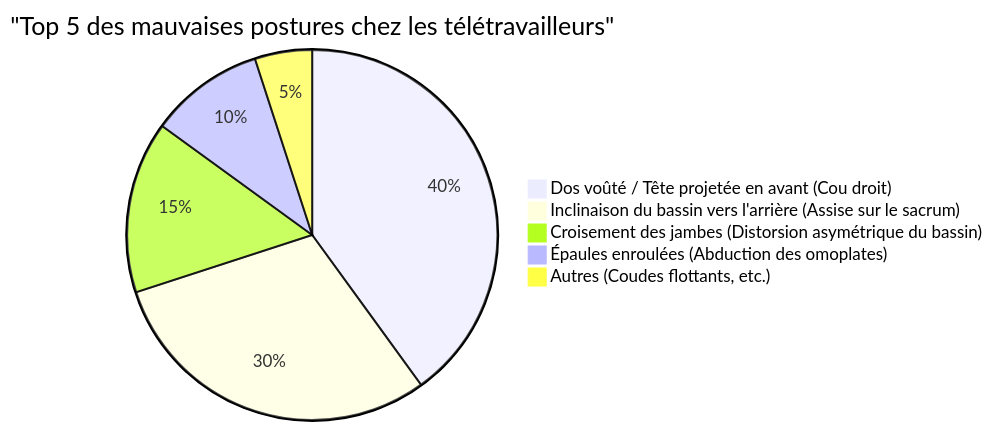
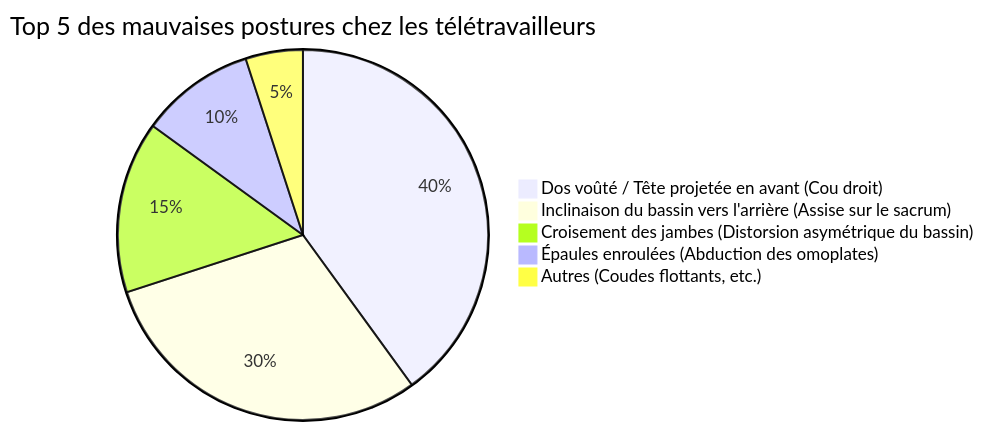
Before and after one commit to kenjinote/blog: the second of 2 diagrams in content/post/ergonomic_chairs/index.fr.md, drawn with Mermaid. The commit also changed other lines of this file and 703 other files, not shown here.

Commit message:
Fix: Remove quotes from Mermaid link texts and timeline definitions to support Mermaid 11.4.1

````diff
--- a/content/post/ergonomic_chairs/index.fr.md
+++ b/content/post/ergonomic_chairs/index.fr.md
@@ -135,8 +135,8 @@
 ```mermaid
-pie title "Top 5 des mauvaises postures chez les télétravailleurs"
+pie title Top 5 des mauvaises postures chez les télétravailleurs
     "Dos voûté / Tête projetée en avant (Cou droit)" : 40
     "Inclinaison du bassin vers l'arrière (Assise sur le sacrum)" : 30
     "Croisement des jambes (Distorsion asymétrique du bassin)" : 15
     "Épaules enroulées (Abduction des omoplates)" : 10
     "Autres (Coudes flottants, etc.)" : 5
 ```
````
